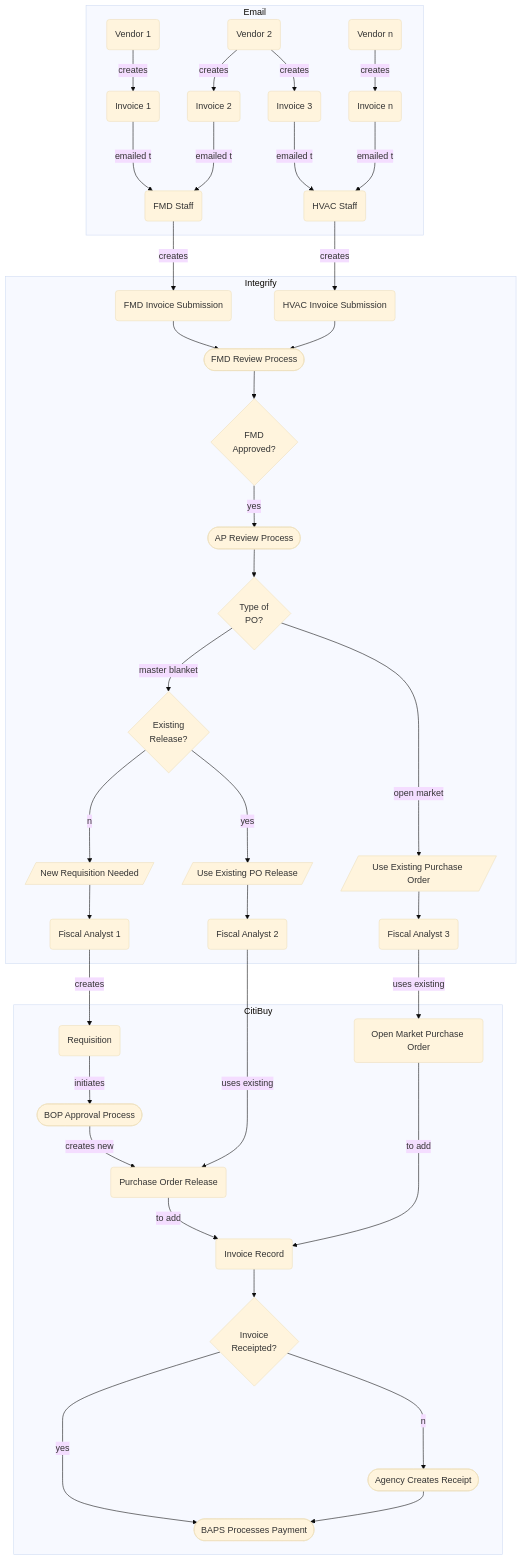
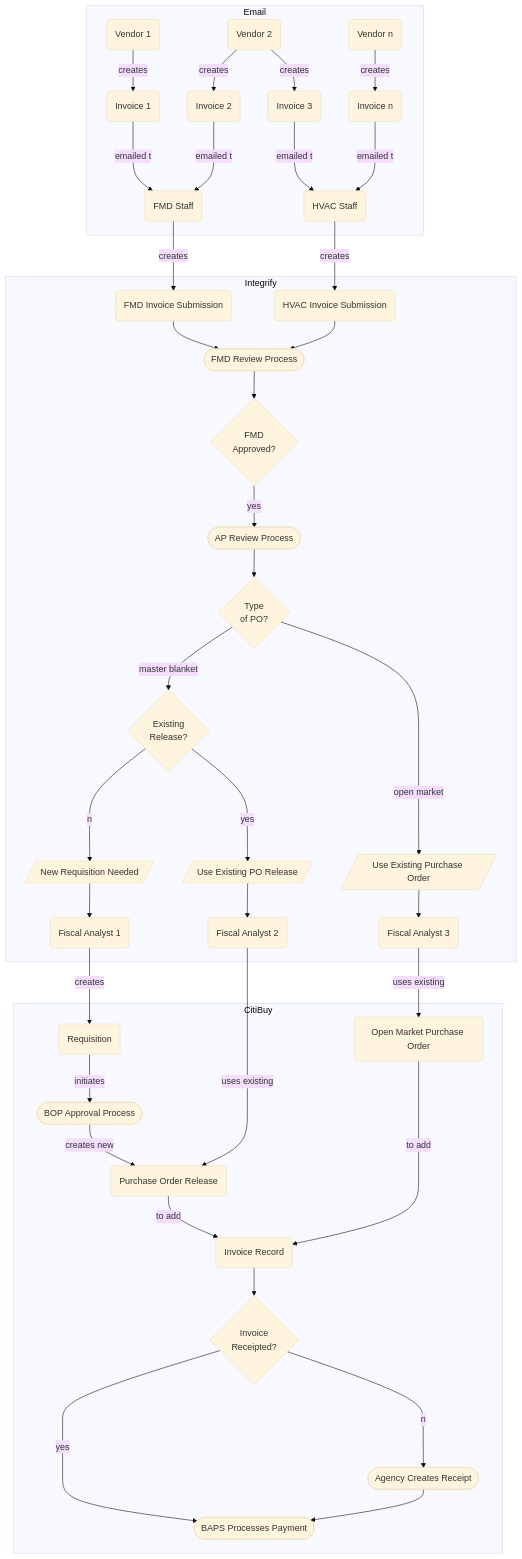
The diagram in docs/diagrams/invoice-fulfillment-diagram.mmd (department-of-general-services/priority-vendor-aging-report), drawn with Mermaid (base theme) before and after one commit. The commit also changed 4 other files, not shown here.

```diff
--- a/docs/diagrams/invoice-fulfillment-diagram.mmd
+++ b/docs/diagrams/invoice-fulfillment-diagram.mmd
@@ -1,70 +1,70 @@
 flowchart TB
     subgraph Email
         V1(Vendor 1)
         V2(Vendor 2)
         VN(Vendor n)
         I1(Invoice 1)
         I2(Invoice 2)
         I3(Invoice 3)
         IN(Invoice n)
         StaffFMD(FMD Staff)
         StaffHVAC(HVAC Staff)
         V1 --creates--> I1
         V2 --creates--> I2
         V2 --creates--> I3
         VN --creates--> IN
         I1 --emailed to--> StaffFMD
         I2 --emailed to--> StaffFMD
         I3 --emailed to--> StaffHVAC
         IN --emailed to--> StaffHVAC
     end
     subgraph Integrify
         ProcessFMD(FMD Invoice Submission)
         ProcessHVAC(HVAC Invoice Submission)
         ReviewFMD([FMD Review Process])
         ReviewAP([AP Review Process])
         Approve1{FMD<br>Approved?}
-        POType{Type of<br>PO?}
+        POType{Type<br>of PO?}
         ReleaseExist{Existing<br>Release?}
         Analyst1(Fiscal Analyst 1)
         Analyst2(Fiscal Analyst 2)
         Analyst3(Fiscal Analyst 3)
         NewReq[/New Requisition Needed/]
         CurrentRelease[/Use Existing PO Release/]
         CurrentPO[/Use Existing Purchase Order/]
         StaffFMD --creates--> ProcessFMD
         StaffHVAC --creates --> ProcessHVAC
         ProcessFMD --> ReviewFMD
         ProcessHVAC --> ReviewFMD
         ReviewFMD --> Approve1
         Approve1 --yes--> ReviewAP
         ReviewAP --> POType
         POType -->|open market| CurrentPO
         POType --master blanket--> ReleaseExist
         ReleaseExist --no--> NewReq
         ReleaseExist --yes--> CurrentRelease
         CurrentPO --> Analyst3
         CurrentRelease --> Analyst2
         NewReq --> Analyst1
     end
     subgraph CitiBuy
         Req(Requisition)
         ProcessBOP([BOP Approval Process])
         PO(Open Market Purchase Order)
         Release(Purchase Order Release)
         Invoice(Invoice Record)
         Receipted{Invoice<br>Receipted?}
         Receiving([Agency Creates Receipt])
         Paid([BAPS Processes Payment])
         Analyst3 --uses existing--> PO
         Analyst1 --creates--> Req
         Req --initiates--> ProcessBOP
         ProcessBOP --creates new--> Release
         Analyst2 --uses existing--> Release
         Release --to add--> Invoice
         PO --to add--> Invoice
         Invoice --> Receipted
         Receipted --yes--> Paid
         Receipted --no--> Receiving
         Receiving --> Paid
     end
```
